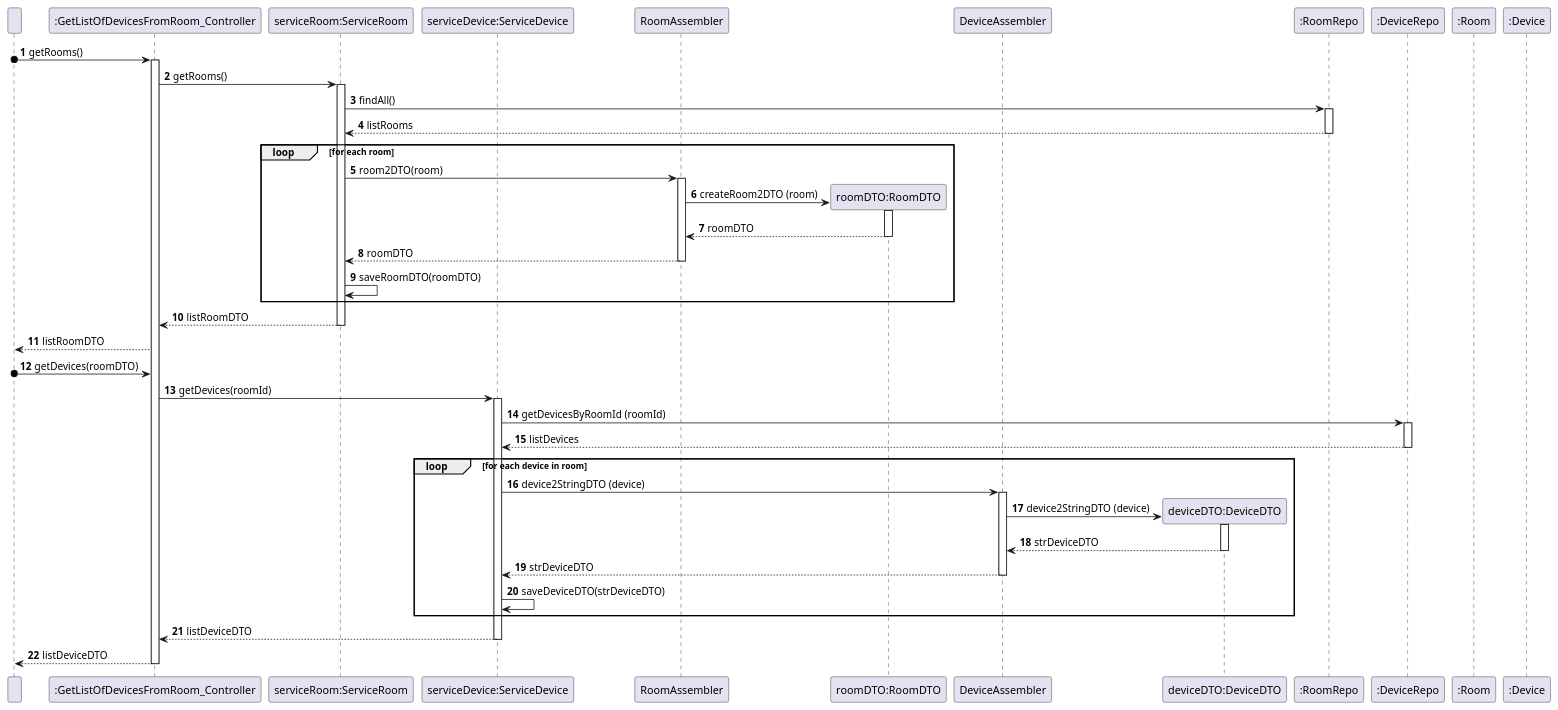
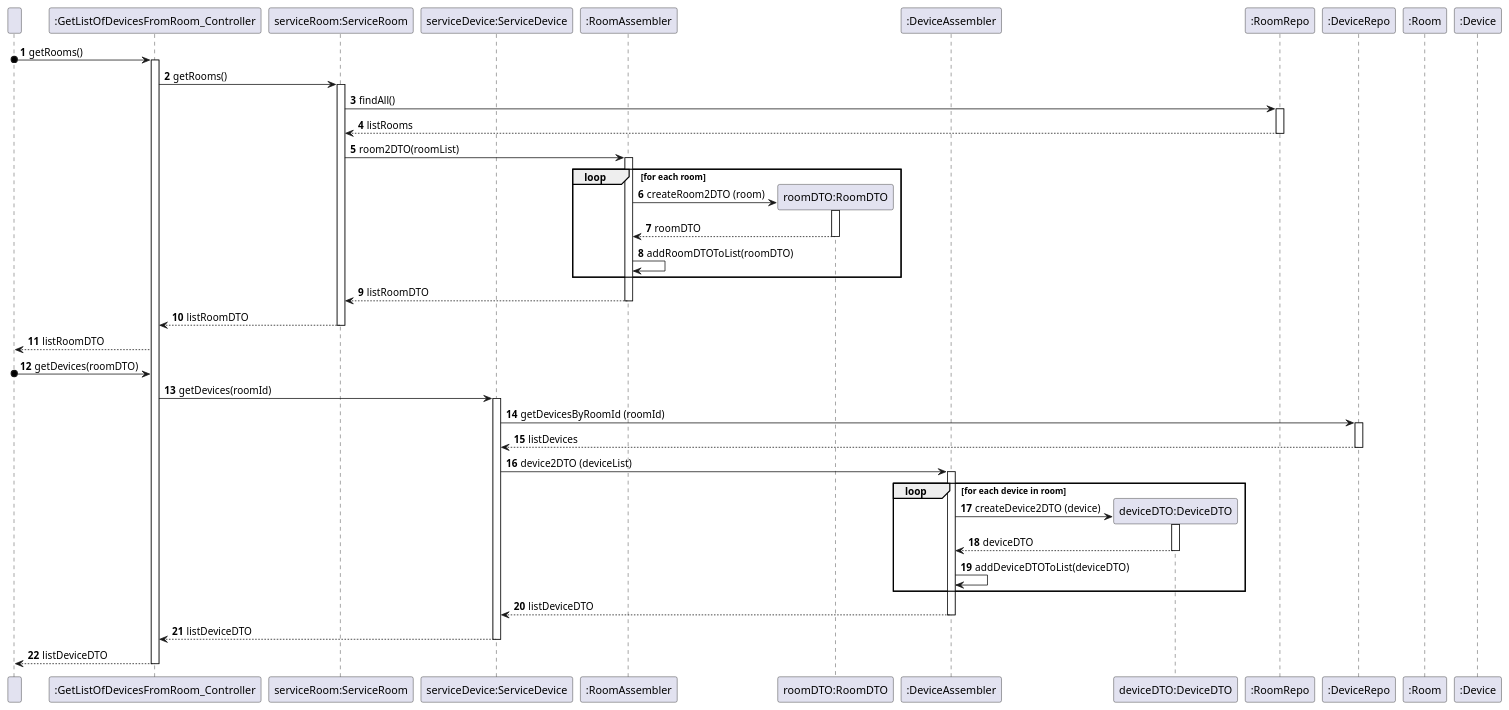
Before and after one commit to olivDiogo/SmartHome: the diagram in docs/ood/sequenceDiagram/US06GetDevicesFromRoom.puml, drawn with PlantUML.

Commit message:
Update Sequence Diagram for US06 #76

```diff
--- a/docs/ood/sequenceDiagram/US06GetDevicesFromRoom.puml
+++ b/docs/ood/sequenceDiagram/US06GetDevicesFromRoom.puml
@@ -1,125 +1,116 @@
 @startuml
 'https://plantuml.com/sequence-diagram
 participant " " as User
 participant ":GetListOfDevicesFromRoom_Controller" as GetListOfDevicesFromRoom_Controller
 
 participant "serviceRoom:ServiceRoom" as ServiceRoom
 participant "serviceDevice:ServiceDevice" as ServiceDevice
 
-participant "RoomAssembler" as RoomAssembler
+participant ":RoomAssembler" as RoomAssembler
 participant "roomDTO:RoomDTO" as RoomDTO
-participant "DeviceAssembler" as DeviceAssembler
+participant ":DeviceAssembler" as DeviceAssembler
 participant "deviceDTO:DeviceDTO" as DeviceDTO
 
 participant ":RoomRepo" as RoomRepo
 participant ":DeviceRepo" as DeviceRepo
 
 participant ":Room" as Room
 participant ":Device" as Device
 
-
-
-
 autonumber
-
 
 User o-> GetListOfDevicesFromRoom_Controller: getRooms()
 
 activate GetListOfDevicesFromRoom_Controller
 
 GetListOfDevicesFromRoom_Controller -> ServiceRoom: getRooms()
 
 activate ServiceRoom
 
 ServiceRoom -> RoomRepo: findAll()
 
 activate RoomRepo
 
 RoomRepo --> ServiceRoom: listRooms
 
 deactivate RoomRepo
 
+ServiceRoom -> RoomAssembler : room2DTO(roomList)
+
+activate RoomAssembler
+
 loop for each room
-    ServiceRoom -> RoomAssembler : room2DTO(room)
-
-    activate RoomAssembler
 
     create RoomDTO
 
     RoomAssembler -> RoomDTO: createRoom2DTO (room)
 
      activate RoomDTO
 
      RoomDTO --> RoomAssembler: roomDTO
 
-     deactivate RoomDTO
+      deactivate RoomDTO
 
-    RoomAssembler --> ServiceRoom: roomDTO
-
-    deactivate RoomAssembler
-
-    ServiceRoom -> ServiceRoom: saveRoomDTO(roomDTO)
+     RoomAssembler -> RoomAssembler: addRoomDTOToList(roomDTO)
 
 end
+RoomAssembler --> ServiceRoom: listRoomDTO
 
-
+deactivate RoomAssembler
 
 ServiceRoom --> GetListOfDevicesFromRoom_Controller: listRoomDTO
 
 deactivate ServiceRoom
 
 GetListOfDevicesFromRoom_Controller --> User : listRoomDTO
 
 User o-> GetListOfDevicesFromRoom_Controller: getDevices(roomDTO)
 
 GetListOfDevicesFromRoom_Controller -> ServiceDevice: getDevices(roomId)
 
 activate ServiceDevice
 
-
-
 ServiceDevice -> DeviceRepo: getDevicesByRoomId (roomId)
 
 activate DeviceRepo
 
 DeviceRepo --> ServiceDevice: listDevices
 
 deactivate DeviceRepo
 
- loop for each device in room
+ServiceDevice  -> DeviceAssembler: device2DTO (deviceList)
 
-    ServiceDevice  -> DeviceAssembler: device2StringDTO (device)
+activate DeviceAssembler
 
-    activate DeviceAssembler
-
+loop for each device in room
     create DeviceDTO
 
-    DeviceAssembler -> DeviceDTO: device2StringDTO (device)
+    DeviceAssembler -> DeviceDTO: createDevice2DTO (device)
 
     activate DeviceDTO
 
-    DeviceDTO --> DeviceAssembler: strDeviceDTO
+    DeviceDTO --> DeviceAssembler: deviceDTO
 
     deactivate DeviceDTO
 
-    DeviceAssembler --> ServiceDevice: strDeviceDTO
+    DeviceAssembler -> DeviceAssembler: addDeviceDTOToList(deviceDTO)
 
-    deactivate DeviceAssembler
+end
+DeviceAssembler --> ServiceDevice: listDeviceDTO
 
-    ServiceDevice -> ServiceDevice: saveDeviceDTO(strDeviceDTO)
-end
+deactivate DeviceAssembler
 
 ServiceDevice --> GetListOfDevicesFromRoom_Controller: listDeviceDTO
 
 deactivate ServiceDevice
 
 GetListOfDevicesFromRoom_Controller --> User : listDeviceDTO
 
 deactivate GetListOfDevicesFromRoom_Controller
 
 
 
 
 
 
 @enduml
```
